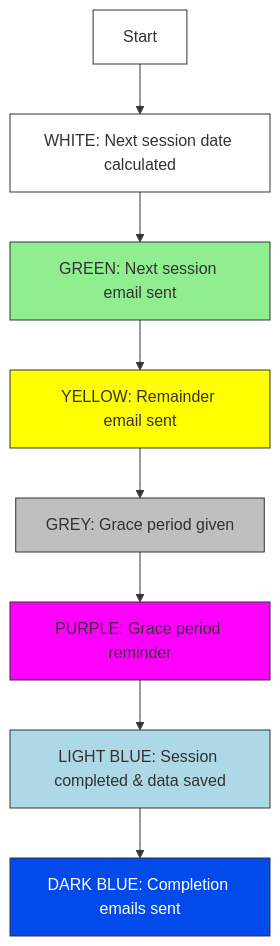
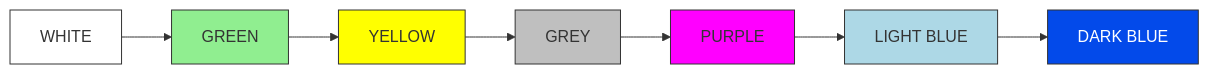
One commit to ibrahimberb/gable-preview changed the sixth of 7 diagrams in README.md. Above: the diagram before and after it, drawn with Mermaid. The commit also changed other lines of this file, not shown here.

````diff
--- a/README.md
+++ b/README.md
@@ -233,19 +234,17 @@
 ```mermaid
-graph TD;
-    A["Start"] --> B["WHITE: Next session date calculated"];
-    B --> C["GREEN: Next session email sent"];
-    C --> D["YELLOW: Remainder email sent"];
-    D --> E["GREY: Grace period given"];
-    E --> F["PURPLE: Grace period reminder"];
-    F --> G["LIGHT BLUE: Session completed & data saved"];
-    G --> H["DARK BLUE: Completion emails sent"];
+graph LR;
+    A[WHITE] --> B[GREEN];
+    B --> C[YELLOW];
+    C --> D[GREY];
+    D --> E[PURPLE];
+    E --> F[LIGHT BLUE];
+    F --> G[DARK BLUE];
     
     style A fill:#fff,stroke:#333;
-    style B fill:#fff,stroke:#333;
-    style C fill:#90EE90,stroke:#333;
-    style D fill:#FFFF00,stroke:#333;
-    style E fill:#BFBFBF,stroke:#333;
-    style F fill:#FF00FF,stroke:#333;
-    style G fill:#ADD8E6,stroke:#333;
-    style H fill:#034AEA,color:#fff,stroke:#333;
+    style B fill:#90EE90,stroke:#333;
+    style C fill:#FFFF00,stroke:#333;
+    style D fill:#BFBFBF,stroke:#333;
+    style E fill:#FF00FF,stroke:#333;
+    style F fill:#ADD8E6,stroke:#333;
+    style G fill:#034AEA,color:#fff,stroke:#333;
 ```
````
